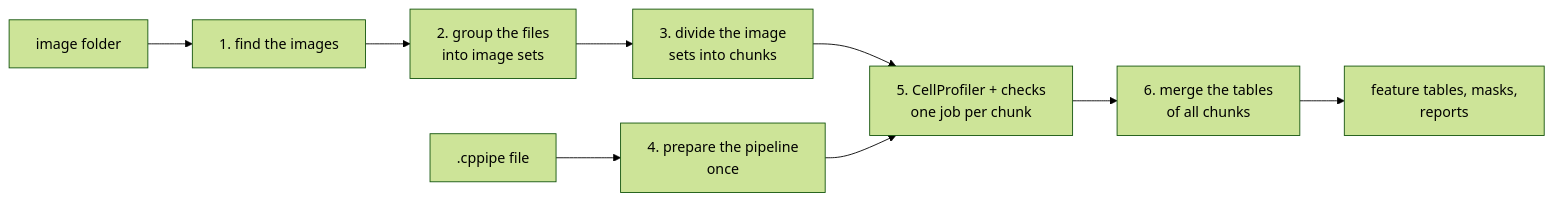
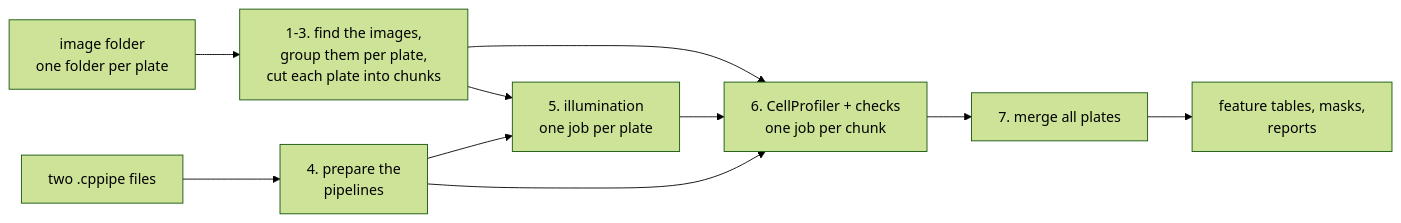
The diagram in docs/index.md (mirandaresearchlab/headless-cp-wf), drawn with Mermaid (forest theme) before and after one commit. The commit also changed other lines of this file and 57 other files, not shown here.

````diff
--- a/docs/index.md
+++ b/docs/index.md
@@ -25,11 +25,12 @@
 ```mermaid
 flowchart LR
-  A[image folder] --> B[1. find the images]
-  B --> C[2. group the files<br/>into image sets]
-  C --> D[3. divide the image<br/>sets into chunks]
-  P[.cppipe file] --> E[4. prepare the pipeline<br/>once]
-  D --> F[5. CellProfiler + checks<br/>one job per chunk]
+  A[image folder<br/>one folder per plate] --> B[1-3. find the images,<br/>group them per plate,<br/>cut each plate into chunks]
+  P[two .cppipe files] --> E[4. prepare the<br/>pipelines]
+  B --> I[5. illumination<br/>one job per plate]
+  E --> I
+  B --> F[6. CellProfiler + checks<br/>one job per chunk]
+  I --> F
   E --> F
-  F --> G[6. merge the tables<br/>of all chunks]
+  F --> G[7. merge all plates]
   G --> H[feature tables, masks,<br/>reports]
 ```
````
